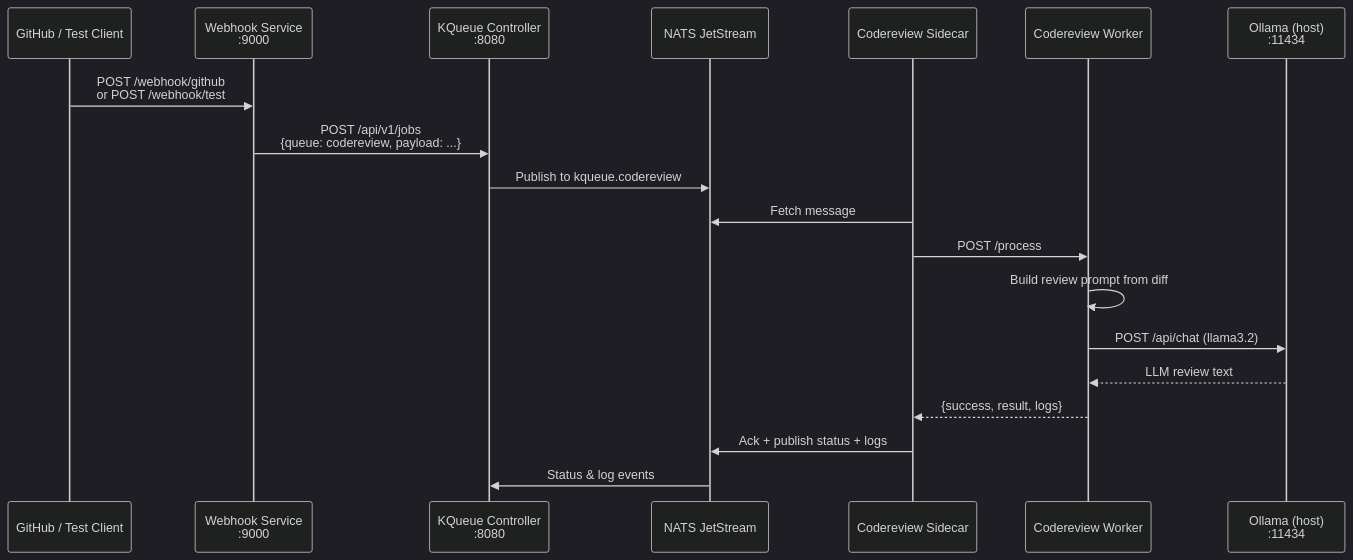
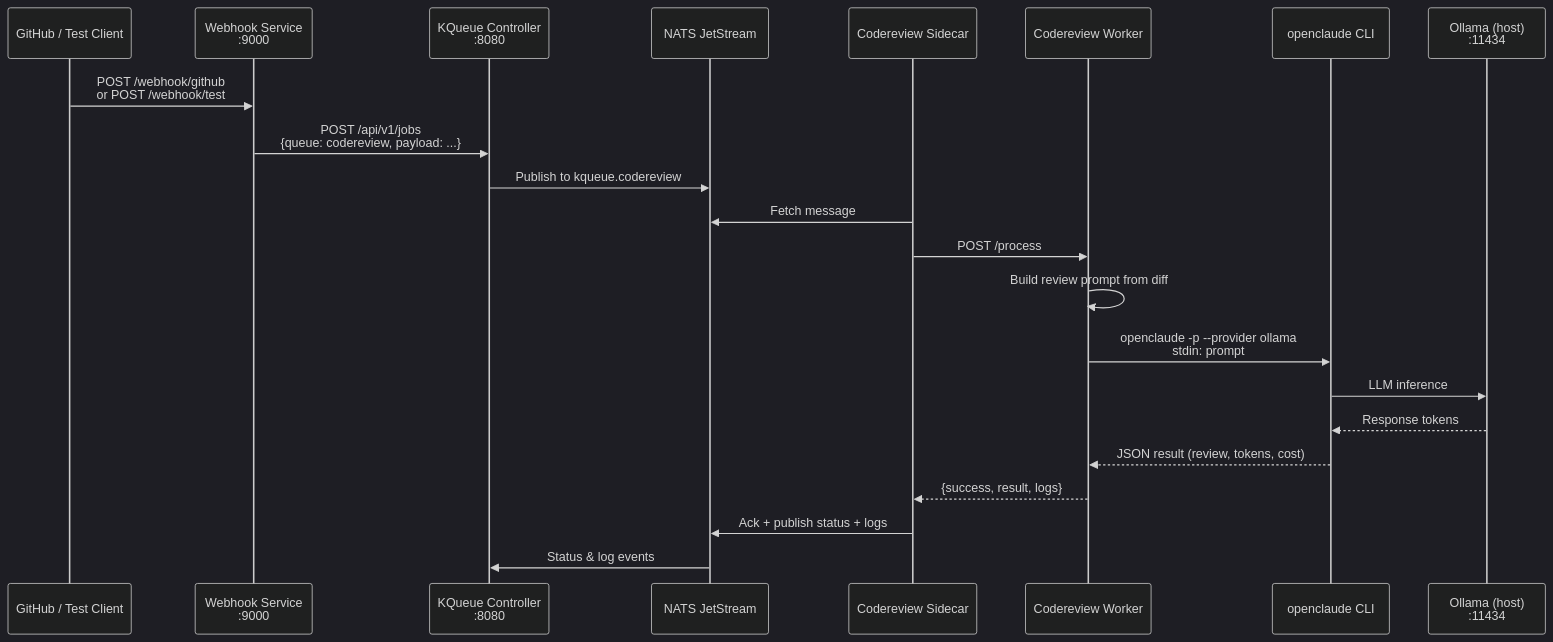
Before and after one commit to geekychris/generic_k8_work_queues: the sixth of 6 diagrams in docs/ARCHITECTURE.md, drawn with Mermaid (dark theme). The commit also changed other lines of this file and 4 other files, not shown here.

Commit message:
add dummy llm review job

````diff
--- a/docs/ARCHITECTURE.md
+++ b/docs/ARCHITECTURE.md
@@ -1616,22 +1616,25 @@
 ```mermaid
 sequenceDiagram
     participant GH as GitHub / Test Client
     participant WH as Webhook Service<br/>:9000
     participant Ctrl as KQueue Controller<br/>:8080
     participant NATS as NATS JetStream
     participant SC as Codereview Sidecar
     participant CW as Codereview Worker
+    participant OC as openclaude CLI
     participant OL as Ollama (host)<br/>:11434
 
     GH->>WH: POST /webhook/github<br/>or POST /webhook/test
     WH->>Ctrl: POST /api/v1/jobs<br/>{queue: codereview, payload: ...}
     Ctrl->>NATS: Publish to kqueue.codereview
     SC->>NATS: Fetch message
     SC->>CW: POST /process
     CW->>CW: Build review prompt from diff
-    CW->>OL: POST /api/chat (llama3.2)
-    OL-->>CW: LLM review text
+    CW->>OC: openclaude -p --provider ollama<br/>stdin: prompt
+    OC->>OL: LLM inference
+    OL-->>OC: Response tokens
+    OC-->>CW: JSON result (review, tokens, cost)
     CW-->>SC: {success, result, logs}
     SC->>NATS: Ack + publish status + logs
     NATS->>Ctrl: Status & log events
 ```
````
